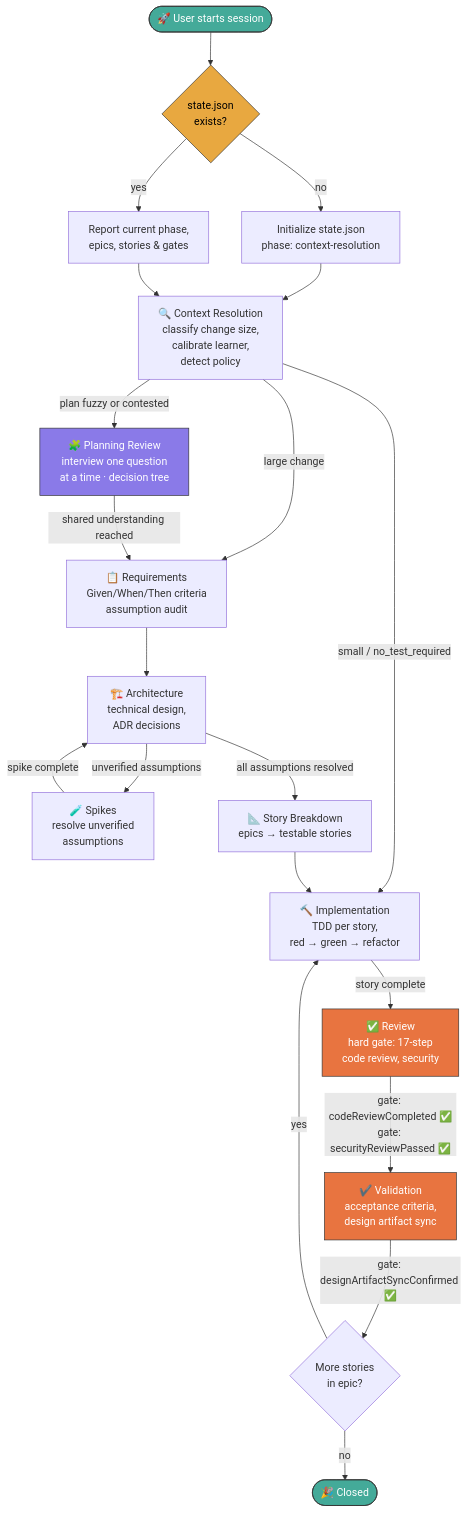
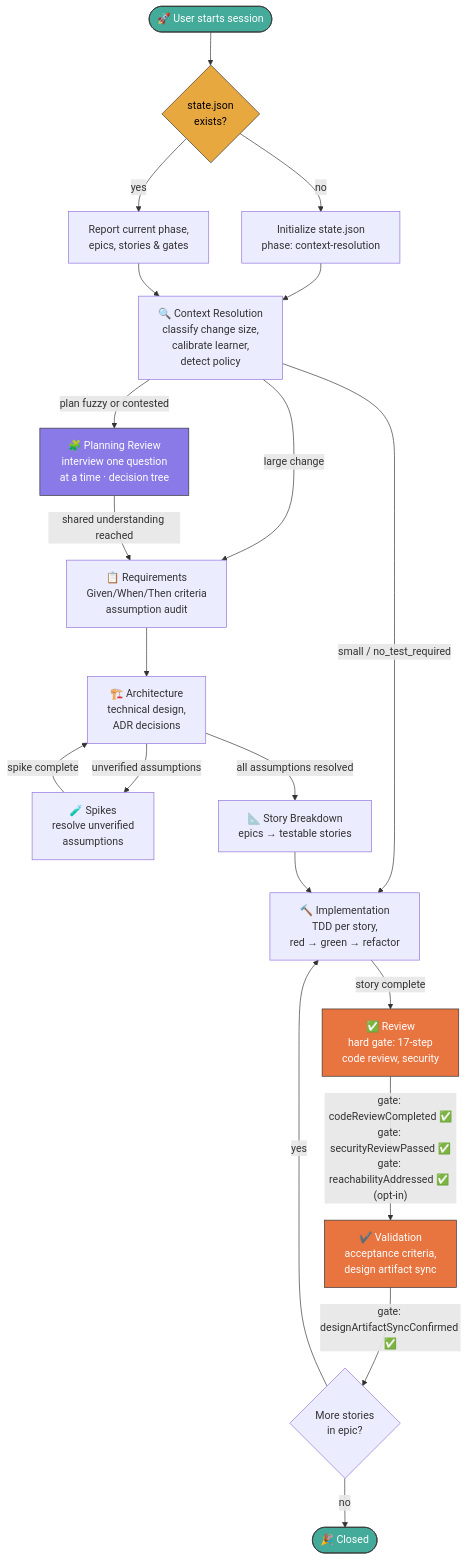
The diagram in README.md (naishtech/cadet-agent), drawn with Mermaid before and after one commit. The commit also changed other lines of this file and 33 other files, not shown here.

````diff
--- a/README.md
+++ b/README.md
@@ -108,48 +108,48 @@
 ```mermaid
 flowchart TD
     START(["🚀 User starts session"])
     RESUME{"state.json<br/>exists?"}
     INIT["Initialize state.json<br/>phase: context-resolution"]
     REPORT["Report current phase,<br/>epics, stories & gates"]
     CR["🔍 Context Resolution<br/>classify change size,<br/>calibrate learner,<br/>detect policy"]
     REQ["📋 Requirements<br/>Given/When/Then criteria<br/>assumption audit"]
     PLANREV["🧩 Planning Review<br/>interview one question<br/>at a time · decision tree"]
     ARCH["🏗️ Architecture<br/>technical design,<br/>ADR decisions"]
     SPIKE["🧪 Spikes<br/>resolve unverified<br/>assumptions"]
     BREAKDOWN["📐 Story Breakdown<br/>epics → testable stories"]
     IMPL["🔨 Implementation<br/>TDD per story,<br/>red → green → refactor"]
     REVIEW["✅ Review<br/>hard gate: 17-step<br/>code review, security"]
     VALIDATE["✔️ Validation<br/>acceptance criteria,<br/>design artifact sync"]
     CLOSED(["🎉 Closed"])
     NEXT_STORY{"More stories<br/>in epic?"}
 
     START --> RESUME
     RESUME -->|"no"| INIT --> CR
     RESUME -->|"yes"| REPORT --> CR
 
     CR -->|"large change"| REQ
     CR -->|"plan fuzzy or contested"| PLANREV
     CR -->|"small / no_test_required"| IMPL
 
     PLANREV -->|"shared understanding reached"| REQ
 
     REQ --> ARCH
     ARCH -->|"unverified assumptions"| SPIKE
     ARCH -->|"all assumptions resolved"| BREAKDOWN
     SPIKE -->|"spike complete"| ARCH
 
     BREAKDOWN --> IMPL
 
     IMPL -->|"story complete"| REVIEW
-    REVIEW -->|"gate: codeReviewCompleted ✅<br/>gate: securityReviewPassed ✅"| VALIDATE
+    REVIEW -->|"gate: codeReviewCompleted ✅<br/>gate: securityReviewPassed ✅<br/>gate: reachabilityAddressed ✅ (opt-in)"| VALIDATE
     VALIDATE -->|"gate: designArtifactSyncConfirmed ✅"| NEXT_STORY
     NEXT_STORY -->|"yes"| IMPL
     NEXT_STORY -->|"no"| CLOSED
 
     style START fill:#4a9,stroke:#333,color:#fff
     style CLOSED fill:#4a9,stroke:#333,color:#fff
     style RESUME fill:#e8a840,stroke:#333,color:#000
     style PLANREV fill:#8a7ae8,stroke:#333,color:#fff
     style REVIEW fill:#e87440,stroke:#333,color:#fff
     style VALIDATE fill:#e87440,stroke:#333,color:#fff
 ```
````
